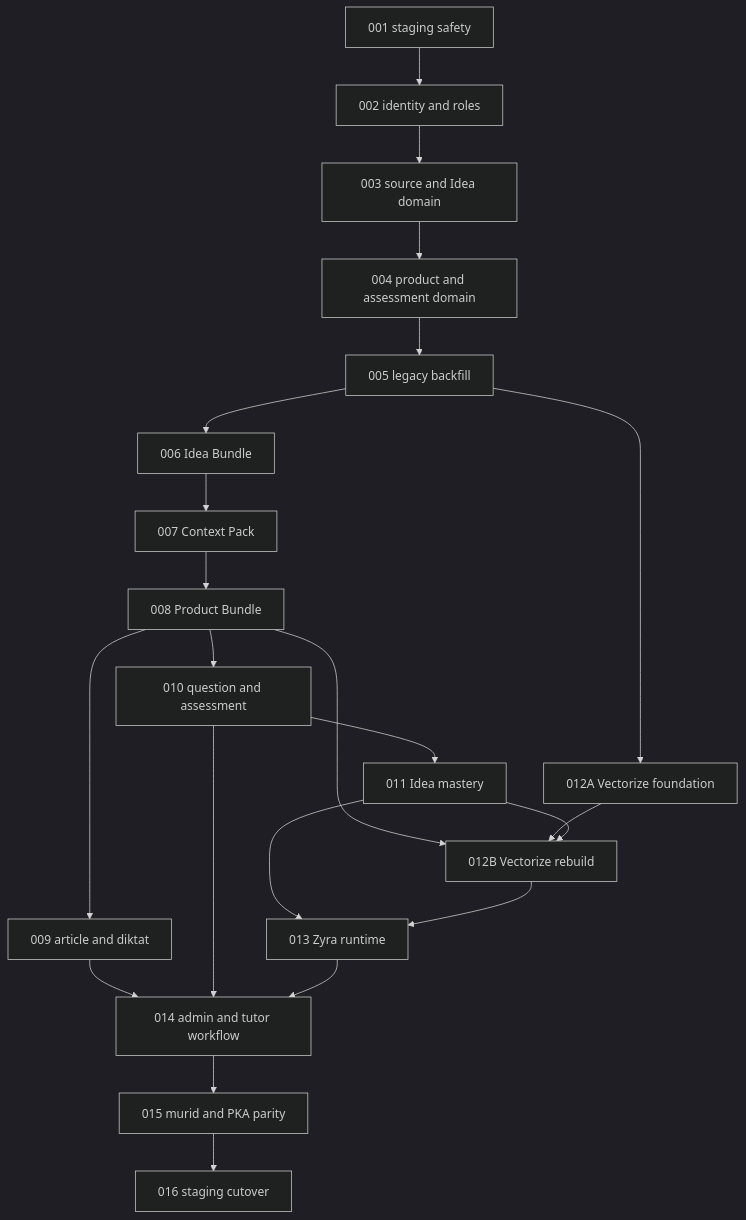
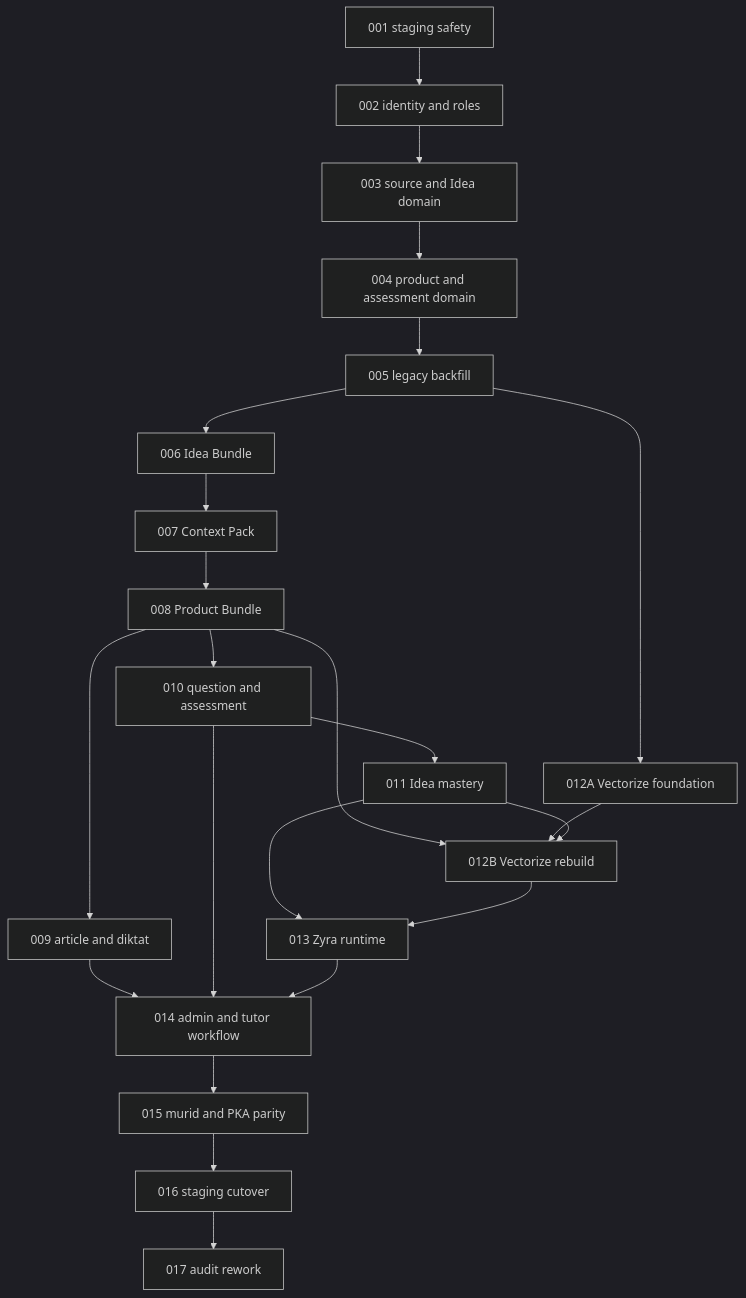
Before and after one commit to soezyxstt/zyxacademy: the diagram in plans/README.md, drawn with Mermaid (dark theme). The commit also changed other lines of this file and 25 other files, not shown here.

Commit message:
fix: close audit rework policy gaps

````diff
--- a/plans/README.md
+++ b/plans/README.md
@@ -80,36 +81,38 @@
 ```mermaid
 flowchart TD
     P001["001 staging safety"]
     P002["002 identity and roles"]
     P003["003 source and Idea domain"]
     P004["004 product and assessment domain"]
     P005["005 legacy backfill"]
     P006["006 Idea Bundle"]
     P007["007 Context Pack"]
     P008["008 Product Bundle"]
     P009["009 article and diktat"]
     P010["010 question and assessment"]
     P012A["012A Vectorize foundation"]
     P011["011 Idea mastery"]
     P012B["012B Vectorize rebuild"]
     P013["013 Zyra runtime"]
     P014["014 admin and tutor workflow"]
     P015["015 murid and PKA parity"]
     P016["016 staging cutover"]
+    P017["017 audit rework"]
 
     P001 --> P002 --> P003 --> P004 --> P005
     P005 --> P006 --> P007 --> P008
     P005 --> P012A
     P008 --> P009
     P008 --> P010
     P010 --> P011
     P008 --> P012B
     P012A --> P012B
     P011 --> P012B
     P011 --> P013
     P012B --> P013
     P009 --> P014
     P010 --> P014
     P013 --> P014
     P014 --> P015 --> P016
+    P016 --> P017
 ```
````
